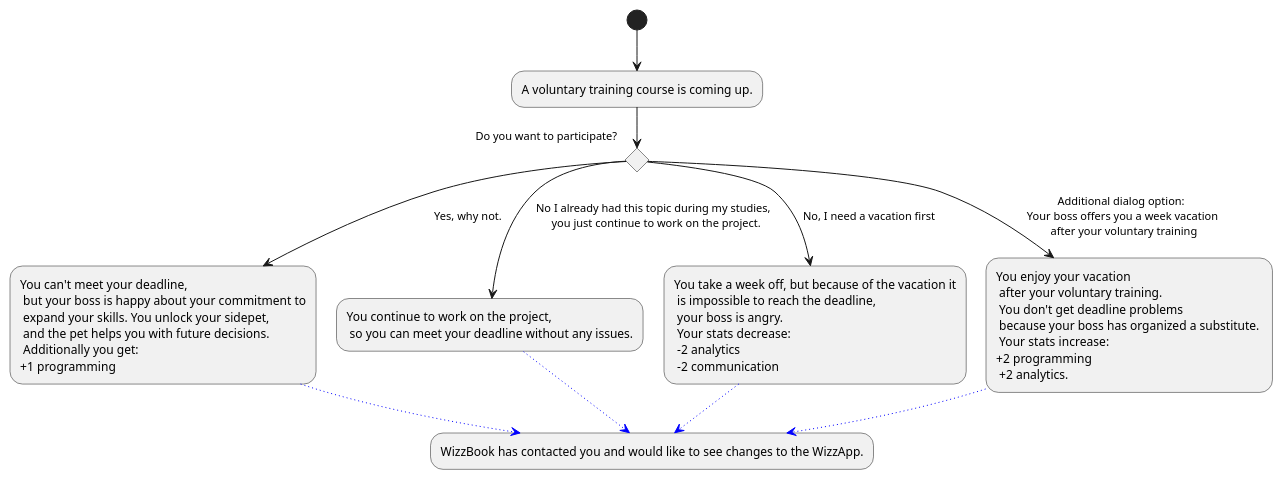
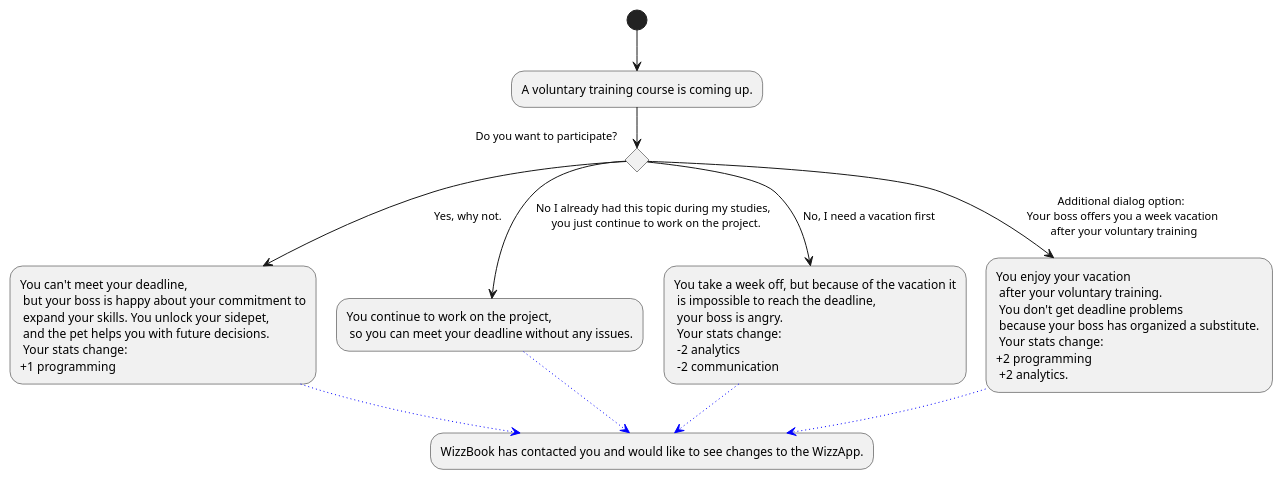
Before and after one commit to Brotenko/QualityQuest: the diagram in Docs/Technical Specifications/docs/diagrams/StoryFlow/StoryFlow_Decision_9.puml, drawn with PlantUML. The commit also changed 27 other files, not shown here.

Commit message:
made requested changes to StoryFlowDecision diagrams and updated the SVGs

```diff
--- a/Docs/Technical Specifications/docs/diagrams/StoryFlow/StoryFlow_Decision_9.puml
+++ b/Docs/Technical Specifications/docs/diagrams/StoryFlow/StoryFlow_Decision_9.puml
@@ -1,18 +1,18 @@
 @startuml
 (*) --> "A voluntary training course is coming up."
 
 if "Do you want to participate?" then
---> [Yes, why not.] "You can't meet your deadline,\n but your boss is happy about your commitment to\n expand your skills. You unlock your sidepet, \n and the pet helps you with future decisions.\n Additionally you get: \n+1 programming" as participate
+--> [Yes, why not.] "You can't meet your deadline,\n but your boss is happy about your commitment to\n expand your skills. You unlock your sidepet, \n and the pet helps you with future decisions.\n Your stats change: \n+1 programming" as participate
 else
 --> [No I already had this topic during my studies, \n you just continue to work on the project.] "You continue to work on the project, \n so you can meet your deadline without any issues." as keepWorking
 else 
---> [No, I need a vacation first] "You take a week off, but because of the vacation it\n is impossible to reach the deadline, \n your boss is angry. \n Your stats decrease: \n -2 analytics \n -2 communication" as vacation
+--> [No, I need a vacation first] "You take a week off, but because of the vacation it\n is impossible to reach the deadline, \n your boss is angry. \n Your stats change: \n -2 analytics \n -2 communication" as vacation
 else 
---> [Additional dialog option: \n Your boss offers you a week vacation \n after your voluntary training] "You enjoy your vacation \n after your voluntary training. \n You don't get deadline problems \n because your boss has organized a substitute. \n Your stats increase: \n+2 programming \n +2 analytics."
+--> [Additional dialog option: \n Your boss offers you a week vacation \n after your voluntary training] "You enjoy your vacation \n after your voluntary training. \n You don't get deadline problems \n because your boss has organized a substitute. \n Your stats change: \n+2 programming \n +2 analytics."
 endif
 'Note: project not final, its just a filler.
 -[#blue,dotted]-> "WizzBook has contacted you and would like to see changes to the WizzApp." as app
 keepWorking -[#blue,dotted]-> app
 participate -[#blue,dotted]-> app
 vacation -[#blue,dotted]-> app
 @enduml
```
